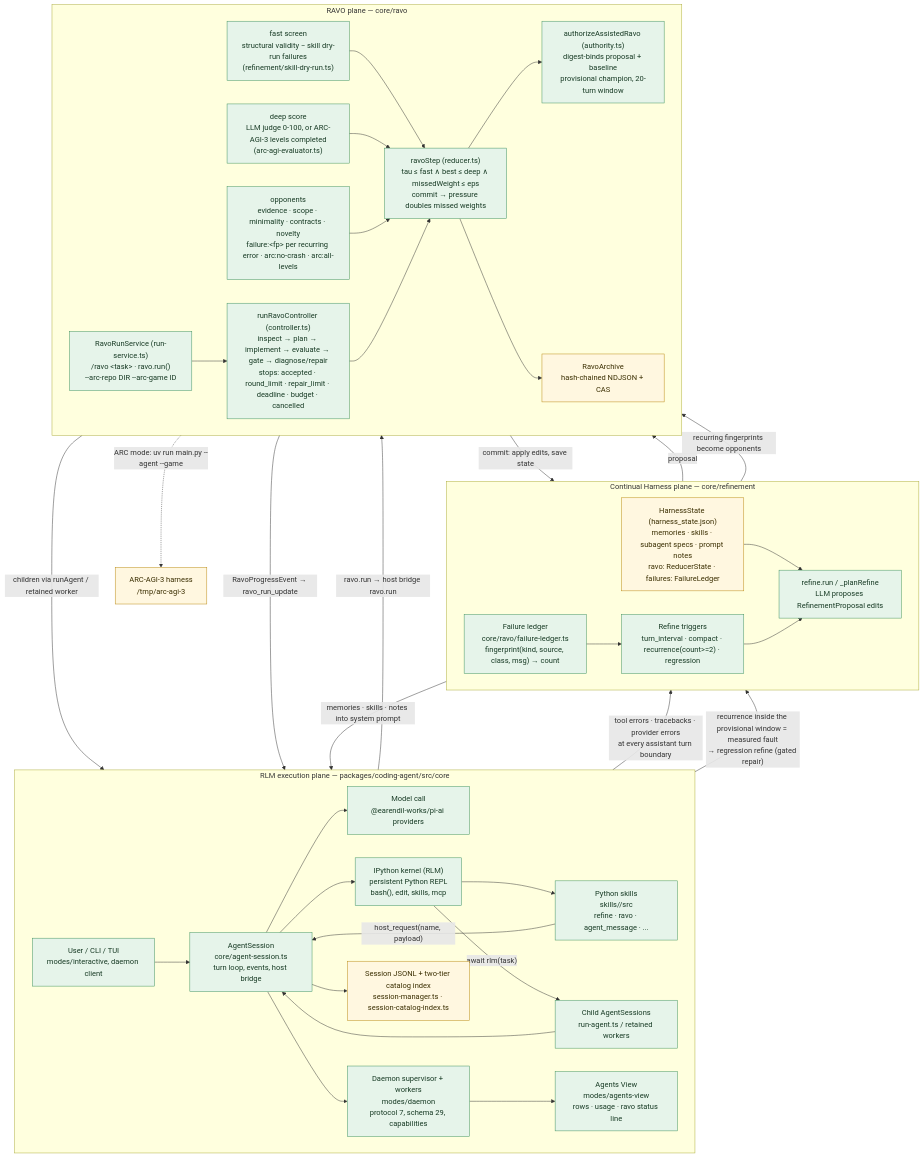
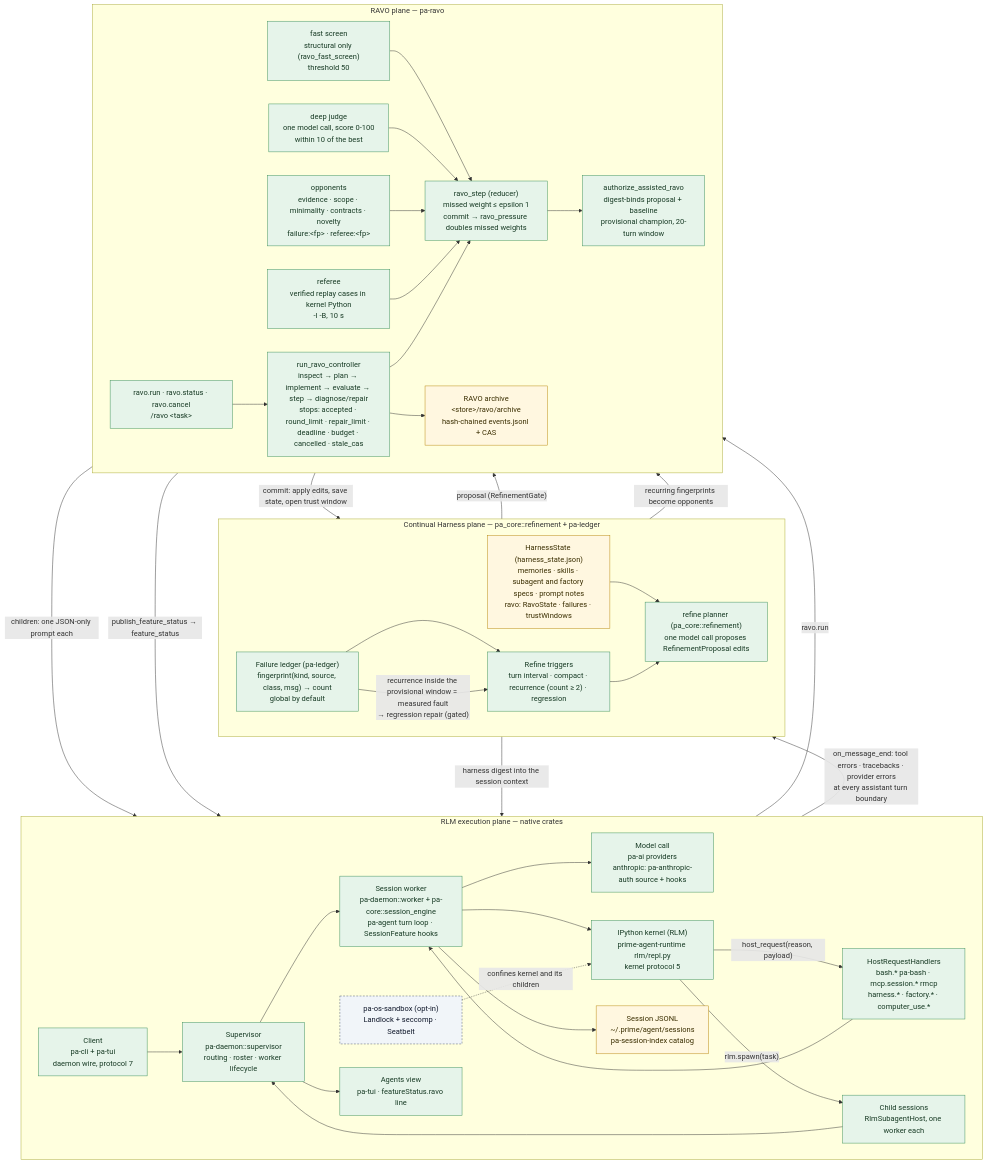
One commit to coleleavitt/prime-agent changed the diagram in docs/prime-architecture.mmd. Above: the diagram before and after it, drawn with Mermaid. The commit also changed 4 other files, not shown here.

First line of the commit message:
docs: FLOWCHART and the architecture diagrams map the Rust crates

```diff
--- a/docs/prime-architecture.mmd
+++ b/docs/prime-architecture.mmd
@@ -1,60 +1,65 @@
-%% Prime Agent architecture as of fix/forkserver-probe-hardening (2026-09-09).
+%% Prime Agent architecture as of merge-rust-port 6714b023f (2026-10-07).
 %% Three planes: RLM execution (what runs), Continual Harness (what is learned), RAVO (how learning is gated).
+%% Native crates in the RLM plane; the harness ledger and RAVO are fork feature crates wired in pa-cli.
 flowchart TB
-  subgraph RLM["RLM execution plane — packages/coding-agent/src/core"]
+  subgraph RLM["RLM execution plane — native crates"]
     direction LR
-    USER["User / CLI / TUI<br/>modes/interactive, daemon client"] --> AS["AgentSession<br/>core/agent-session.ts<br/>turn loop, events, host bridge"]
-    AS --> MODEL["Model call<br/>@earendil-works/pi-ai providers"]
-    AS --> KERNEL["IPython kernel (RLM)<br/>persistent Python REPL<br/>bash(), edit, skills, mcp"]
-    KERNEL --> SKILLS["Python skills<br/>skills/<name>/src<br/>refine · ravo · agent_message · ..."]
-    SKILLS -->|"host_request(name, payload)"| AS
-    KERNEL -->|"await rlm(task)"| CHILD["Child AgentSessions<br/>run-agent.ts / retained workers"]
-    CHILD --> AS
-    AS --> DAEMON["Daemon supervisor + workers<br/>modes/daemon<br/>protocol 7, schema 29, capabilities"]
-    DAEMON --> VIEW["Agents View<br/>modes/agents-view<br/>rows · usage · ravo status line"]
-    AS --> SESS["Session JSONL + two-tier catalog index<br/>session-manager.ts · session-catalog-index.ts"]
+    USER["Client<br/>pa-cli + pa-tui<br/>daemon wire, protocol 7"] --> DAEMON["Supervisor<br/>pa-daemon::supervisor<br/>routing · roster · worker lifecycle"]
+    DAEMON --> AS["Session worker<br/>pa-daemon::worker + pa-core::session_engine<br/>pa-agent turn loop · SessionFeature hooks"]
+    AS --> MODEL["Model call<br/>pa-ai providers<br/>anthropic: pa-anthropic-auth source + hooks"]
+    AS --> KERNEL["IPython kernel (RLM)<br/>prime-agent-runtime rlm/repl.py<br/>kernel protocol 5"]
+    KERNEL -->|"host_request(reason, payload)"| HOST["HostRequestHandlers<br/>bash.* pa-bash · mcp.session.* rmcp<br/>harness.* · factory.* · computer_use.*"]
+    HOST --> AS
+    KERNEL -->|"rlm.spawn(task)"| CHILD["Child sessions<br/>RlmSubagentHost, one worker each"]
+    CHILD --> DAEMON
+    SANDBOX["pa-os-sandbox (opt-in)<br/>Landlock + seccomp · Seatbelt"] -.->|"confines kernel and its children"| KERNEL
+    AS --> SESS["Session JSONL<br/>~/.prime/agent/sessions<br/>pa-session-index catalog"]
+    DAEMON --> VIEW["Agents view<br/>pa-tui · featureStatus.ravo line"]
   end
 
-  subgraph HARNESS["Continual Harness plane — core/refinement"]
+  subgraph HARNESS["Continual Harness plane — pa_core::refinement + pa-ledger"]
     direction LR
-    HS["HarnessState (harness_state.json)<br/>memories · skills · subagent specs · prompt notes<br/>ravo: ReducerState · failures: FailureLedger"]
-    LEDGER["Failure ledger<br/>core/ravo/failure-ledger.ts<br/>fingerprint(kind, source, class, msg) → count"]
-    TRIG["Refine triggers<br/>turn_interval · compact · recurrence(count>=2) · regression"]
-    PROP["refine.run / _planRefine<br/>LLM proposes RefinementProposal edits"]
+    HS["HarnessState (harness_state.json)<br/>memories · skills · subagent and factory specs · prompt notes<br/>ravo: RavoState · failures · trustWindows"]
+    LEDGER["Failure ledger (pa-ledger)<br/>fingerprint(kind, source, class, msg) → count<br/>global by default"]
+    TRIG["Refine triggers<br/>turn interval · compact · recurrence (count ≥ 2) · regression"]
+    PROP["refine planner (pa_core::refinement)<br/>one model call proposes RefinementProposal edits"]
     HS --> PROP
     LEDGER --> TRIG --> PROP
   end
 
-  subgraph RAVO["RAVO plane — core/ravo"]
+  subgraph RAVO["RAVO plane — pa-ravo"]
     direction LR
-    FAST["fast screen<br/>structural validity − skill dry-run failures<br/>(refinement/skill-dry-run.ts)"]
-    DEEP["deep score<br/>LLM judge 0-100, or ARC-AGI-3 levels completed<br/>(arc-agi-evaluator.ts)"]
-    OPP["opponents<br/>evidence · scope · minimality · contracts · novelty<br/>failure:&lt;fp&gt; per recurring error · arc:no-crash · arc:all-levels"]
-    STEP["ravoStep (reducer.ts)<br/>tau ≤ fast ∧ best ≤ deep ∧ missedWeight ≤ eps<br/>commit → pressure doubles missed weights"]
-    AUTH["authorizeAssistedRavo (authority.ts)<br/>digest-binds proposal + baseline<br/>provisional champion, 20-turn window"]
-    CTRL["runRavoController (controller.ts)<br/>inspect → plan → implement → evaluate → gate → diagnose/repair<br/>stops: accepted · round_limit · repair_limit · deadline · budget · cancelled"]
-    SVC["RavoRunService (run-service.ts)<br/>/ravo &lt;task&gt; · ravo.run()<br/>--arc-repo DIR --arc-game ID"]
-    ARCH["RavoArchive<br/>hash-chained NDJSON + CAS"]
+    FAST["fast screen<br/>structural only (ravo_fast_screen)<br/>threshold 50"]
+    DEEP["deep judge<br/>one model call, score 0-100<br/>within 10 of the best"]
+    OPP["opponents<br/>evidence · scope · minimality · contracts · novelty<br/>failure:&lt;fp&gt; · referee:&lt;fp&gt;"]
+    REF["referee<br/>verified replay cases in kernel Python<br/>-I -B, 10 s"]
+    STEP["ravo_step (reducer)<br/>missed weight ≤ epsilon 1<br/>commit → ravo_pressure doubles missed weights"]
+    AUTH["authorize_assisted_ravo<br/>digest-binds proposal + baseline<br/>provisional champion, 20-turn window"]
+    CTRL["run_ravo_controller<br/>inspect → plan → implement → evaluate → step → diagnose/repair<br/>stops: accepted · round_limit · repair_limit · deadline · budget · cancelled · stale_cas"]
+    SVC["ravo.run · ravo.status · ravo.cancel<br/>/ravo &lt;task&gt;"]
+    ARCH["RAVO archive<br/>&lt;store&gt;/ravo/archive<br/>hash-chained events.jsonl + CAS"]
     FAST --> STEP
     DEEP --> STEP
     OPP --> STEP
+    REF --> STEP
     STEP --> AUTH
     SVC --> CTRL --> STEP
-    STEP --> ARCH
+    CTRL --> ARCH
   end
 
-  AS -->|"tool errors · tracebacks · provider errors<br/>at every assistant turn boundary"| LEDGER
-  PROP -->|"proposal"| FAST
-  AUTH -->|"commit: apply edits, save state"| HS
-  HS -->|"memories · skills · notes into system prompt"| AS
+  AS -->|"on_message_end: tool errors · tracebacks · provider errors<br/>at every assistant turn boundary"| LEDGER
+  PROP -->|"proposal (RefinementGate)"| FAST
+  AUTH -->|"commit: apply edits, save state, open trust window"| HS
+  HS -->|"harness digest into the session context"| AS
   LEDGER -->|"recurring fingerprints become opponents"| OPP
-  AS -->|"recurrence inside the provisional window = measured fault<br/>→ regression refine (gated repair)"| TRIG
-  SKILLS -->|"ravo.run → host bridge ravo.run"| SVC
-  CTRL -->|"children via runAgent / retained worker"| CHILD
-  CTRL -->|"RavoProgressEvent → ravo_run_update"| DAEMON
-  DEEP -.->|"ARC mode: uv run main.py --agent --game"| ARC["ARC-AGI-3 harness<br/>/tmp/arc-agi-3"]
+  LEDGER -->|"recurrence inside the provisional window = measured fault<br/>→ regression repair (gated)"| TRIG
+  HOST -->|"ravo.run"| SVC
+  CTRL -->|"children: one JSON-only prompt each"| MODEL
+  CTRL -->|"publish_feature_status → feature_status"| DAEMON
 
   classDef live fill:#e6f4ea,stroke:#3a8f5a,color:#173a24;
   classDef store fill:#fff7e0,stroke:#b8860b,color:#3a2e00;
-  class USER,AS,MODEL,KERNEL,SKILLS,CHILD,DAEMON,VIEW,LEDGER,TRIG,PROP,FAST,DEEP,OPP,STEP,AUTH,CTRL,SVC live;
-  class HS,SESS,ARCH,ARC store;
+  classDef opt fill:#f1f5f9,stroke:#475569,color:#0f172a,stroke-dasharray:4 3;
+  class USER,AS,MODEL,KERNEL,HOST,CHILD,DAEMON,VIEW,LEDGER,TRIG,PROP,FAST,DEEP,OPP,REF,STEP,AUTH,CTRL,SVC live;
+  class HS,SESS,ARCH store;
+  class SANDBOX opt;
```
